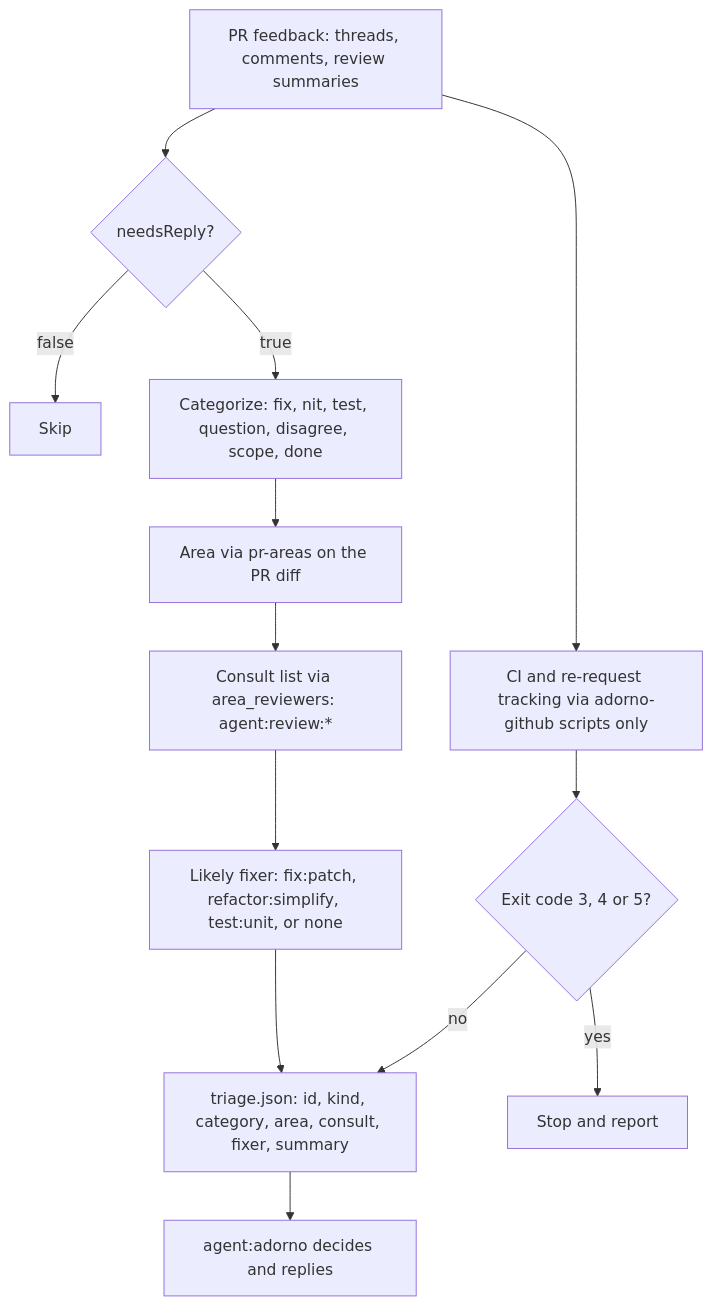
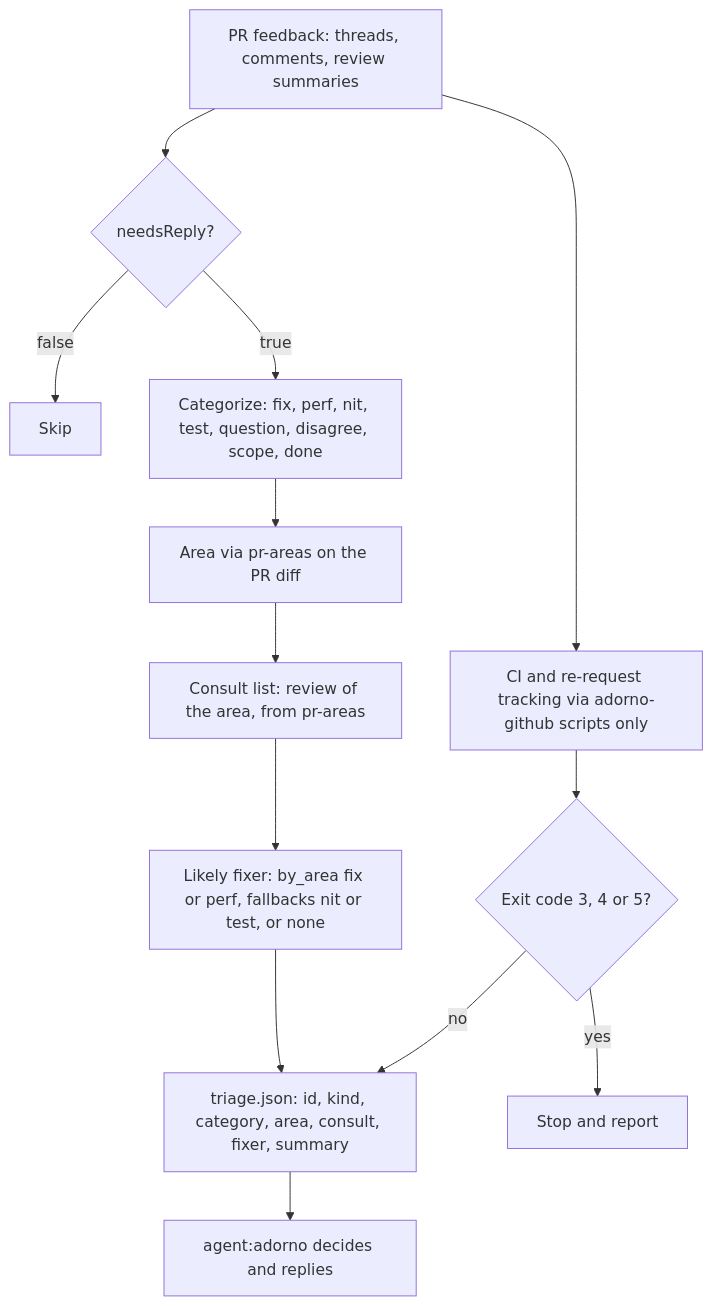
One commit to nicolasmondain/adorno changed the fifth of 5 diagrams in src/agents/core/SCHEMA.md. Above: the diagram before and after it, drawn with Mermaid. The commit also changed other lines of this file and 220 other files, not shown here.

First line of the commit message:
feat(areas): map code areas to build, fix, perf, review and qa agents (#12)

````diff
--- a/src/agents/core/SCHEMA.md
+++ b/src/agents/core/SCHEMA.md
@@ -88,15 +88,15 @@
 ```mermaid
 flowchart TD
   A["PR feedback: threads, comments, review summaries"] --> B{"needsReply?"}
   B -->|"false"| X["Skip"]
-  B -->|"true"| C["Categorize: fix, nit, test, question, disagree, scope, done"]
+  B -->|"true"| C["Categorize: fix, perf, nit, test, question, disagree, scope, done"]
   C --> D["Area via pr-areas on the PR diff"]
-  D --> E["Consult list via area_reviewers: agent:review:*"]
-  E --> F["Likely fixer: fix:patch, refactor:simplify, test:unit, or none"]
+  D --> E["Consult list: review of the area, from pr-areas"]
+  E --> F["Likely fixer: by_area fix or perf, fallbacks nit or test, or none"]
   F --> G["triage.json: id, kind, category, area, consult, fixer, summary"]
   G --> H["agent:adorno decides and replies"]
   A --> I["CI and re-request tracking via adorno-github scripts only"]
   I --> J{"Exit code 3, 4 or 5?"}
   J -->|"yes"| K["Stop and report"]
   J -->|"no"| G
 ```
````
